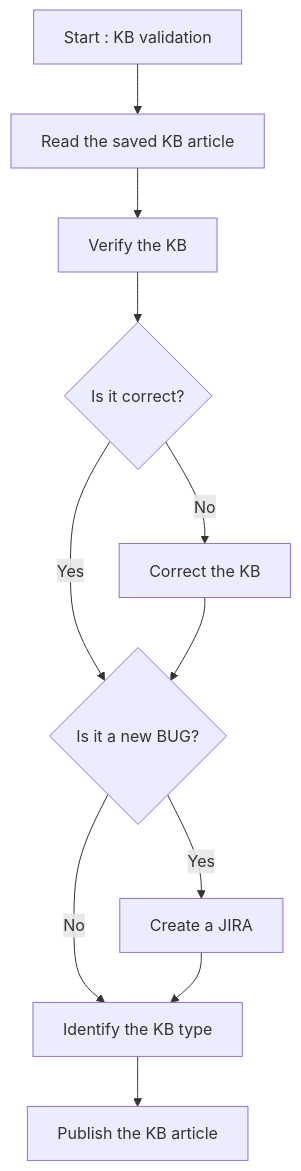
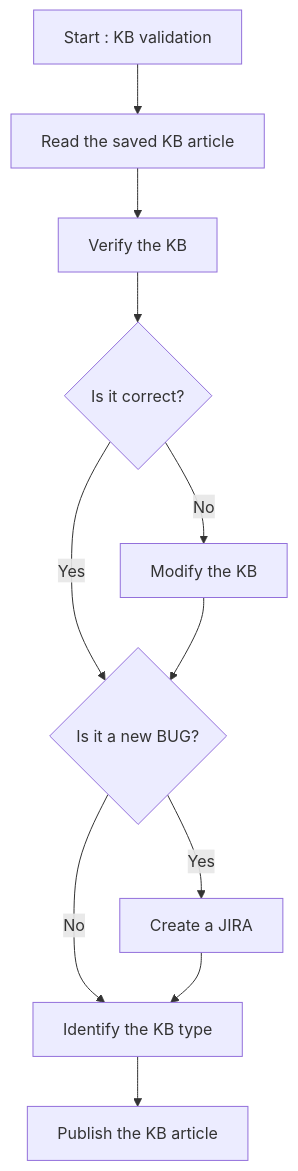
Before and after one commit to alexvea/KB: the third of 3 diagrams in README.md, drawn with Mermaid.

````diff
--- a/README.md
+++ b/README.md
@@ -165,13 +165,13 @@
 ```mermaid
 flowchart TD
 A[Start : KB validation] --> B[Read the saved KB article];
 B[Read the saved KB article] --> C[Verify the KB];
 C[Verify the KB] --> D{Is it correct?};
 D -- Yes --> E{Is it a new BUG?};
-D -- No --> F[Correct the KB];
+D -- No --> F[Modify the KB];
 F --> E{Is it a new BUG?}
 E -- Yes --> H[Create a JIRA];
 E -- No --> I[Identify the KB type];
 H --> I[Identify the KB type];
 I[Identify the KB type] --> J[Publish the KB article];
 ```
````
